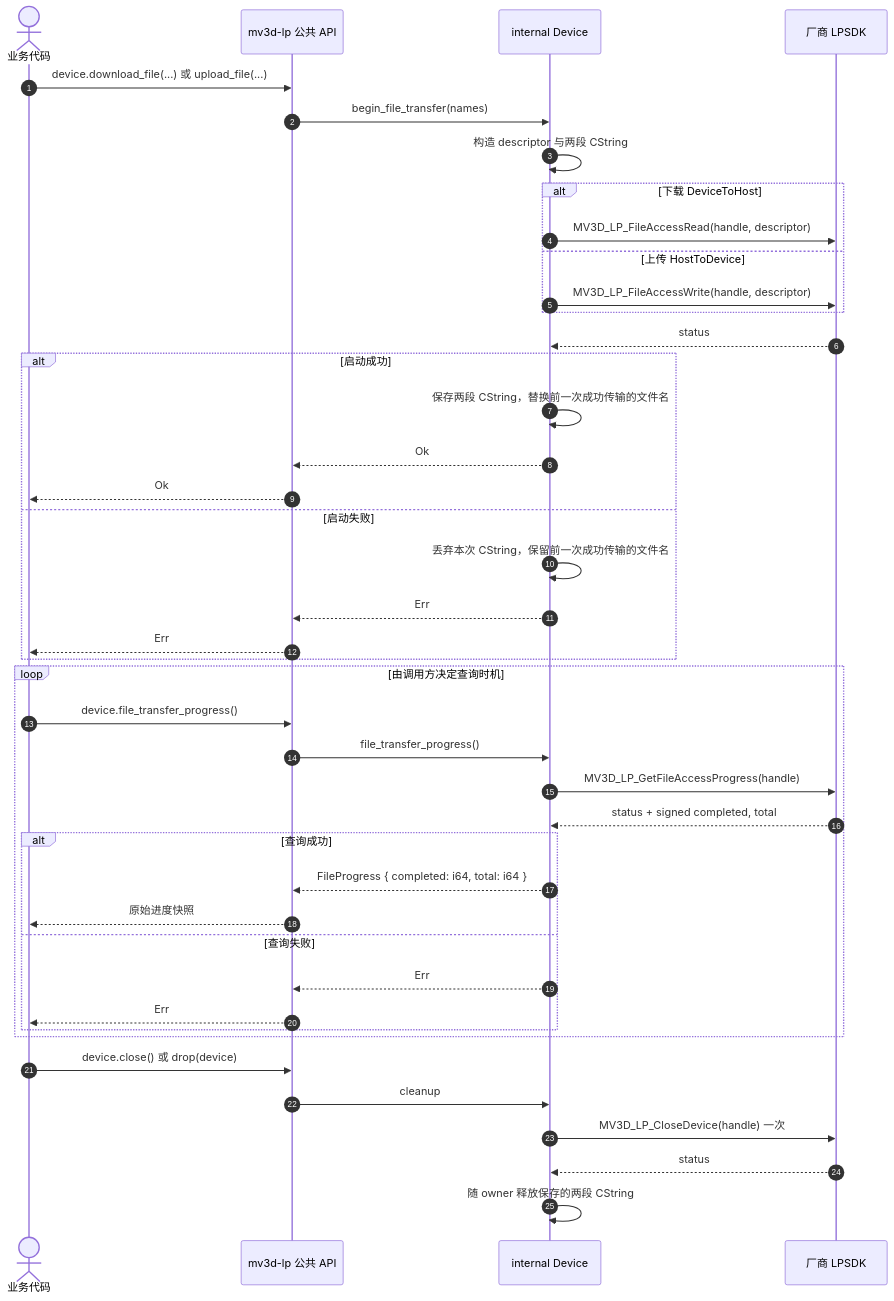
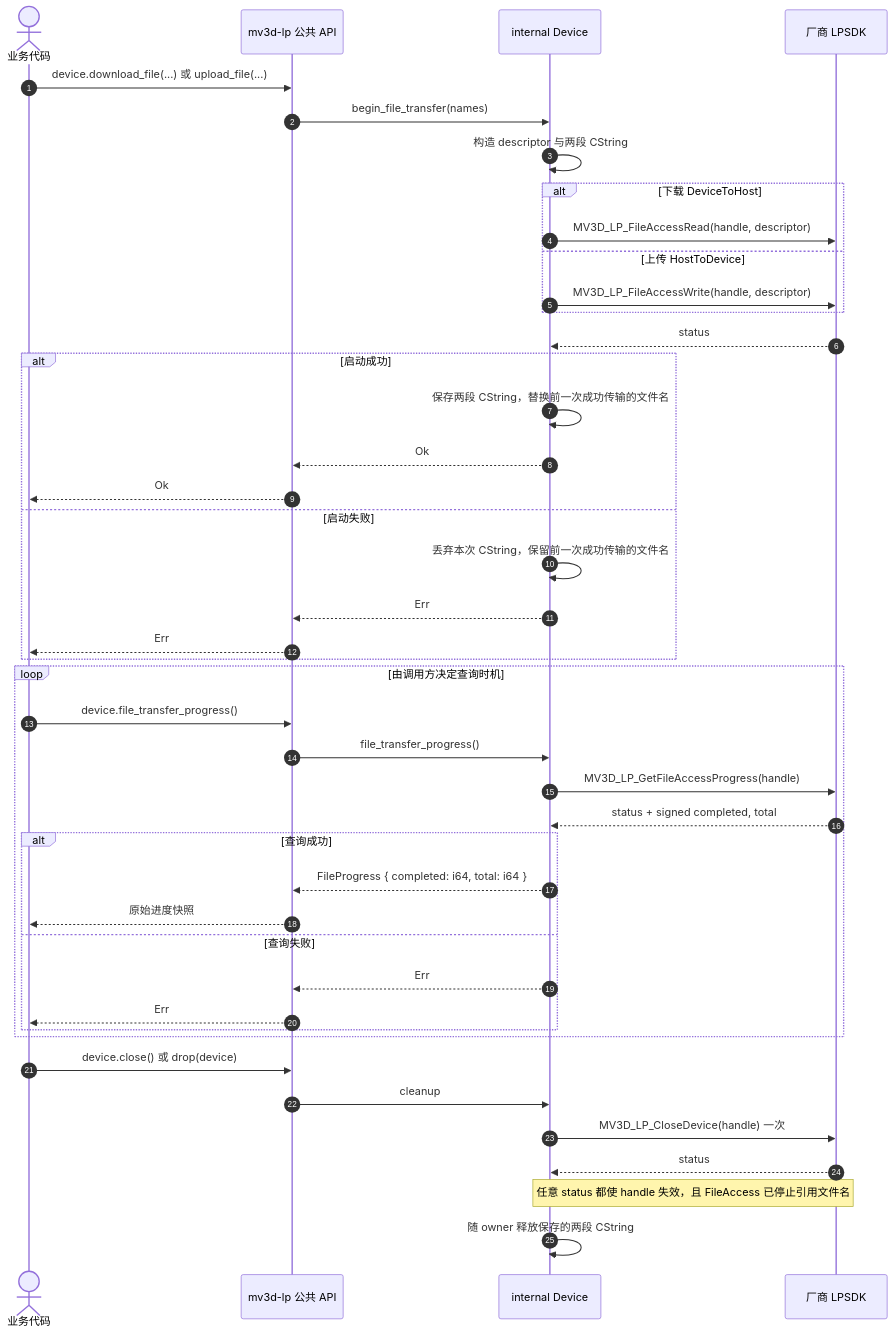
One commit to JSB-Unscarred/3dmvs-sdk-rs changed the diagram in 时序图/文件上传与下载.md. Above: the diagram before and after it, drawn with Mermaid. The commit also changed other lines of this file and 12 other files, not shown here.

First line of the commit message:
fix: 串行化图像处理并收敛 callback 生命周期

````diff
--- a/时序图/文件上传与下载.md
+++ b/时序图/文件上传与下载.md
@@ -3,47 +3,48 @@
 ```mermaid
 sequenceDiagram
     autonumber
     actor App as 业务代码
     participant Public as mv3d-lp 公共 API
     participant Device as internal Device
     participant Native as 厂商 LPSDK
 
     App->>Public: device.download_file(...) 或 upload_file(...)
     Public->>Device: begin_file_transfer(names)
     Device->>Device: 构造 descriptor 与两段 CString
     alt 下载 DeviceToHost
         Device->>Native: MV3D_LP_FileAccessRead(handle, descriptor)
     else 上传 HostToDevice
         Device->>Native: MV3D_LP_FileAccessWrite(handle, descriptor)
     end
     Native-->>Device: status
     alt 启动成功
         Device->>Device: 保存两段 CString，替换前一次成功传输的文件名
         Device-->>Public: Ok
         Public-->>App: Ok
     else 启动失败
         Device->>Device: 丢弃本次 CString，保留前一次成功传输的文件名
         Device-->>Public: Err
         Public-->>App: Err
     end
 
     loop 由调用方决定查询时机
         App->>Public: device.file_transfer_progress()
         Public->>Device: file_transfer_progress()
         Device->>Native: MV3D_LP_GetFileAccessProgress(handle)
         Native-->>Device: status + signed completed, total
         alt 查询成功
             Device-->>Public: FileProgress { completed: i64, total: i64 }
             Public-->>App: 原始进度快照
         else 查询失败
             Device-->>Public: Err
             Public-->>App: Err
         end
     end
 
     App->>Public: device.close() 或 drop(device)
     Public->>Device: cleanup
     Device->>Native: MV3D_LP_CloseDevice(handle) 一次
     Native-->>Device: status
+    Note over Device,Native: 任意 status 都使 handle 失效，且 FileAccess 已停止引用文件名
     Device->>Device: 随 owner 释放保存的两段 CString
 ```
````
